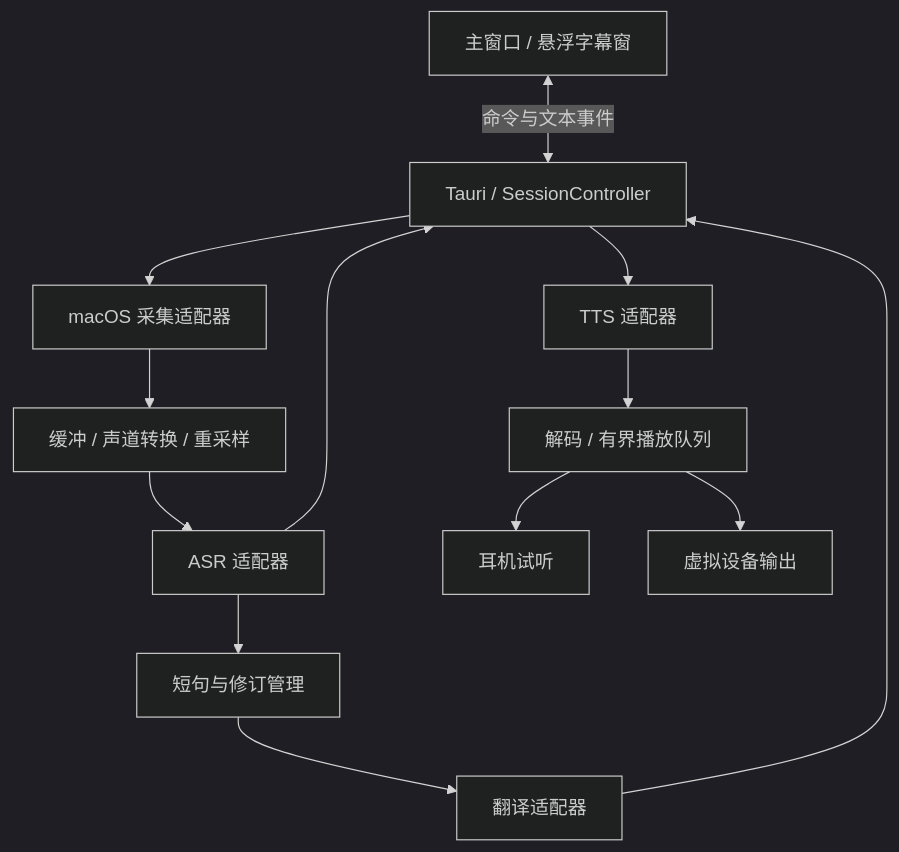
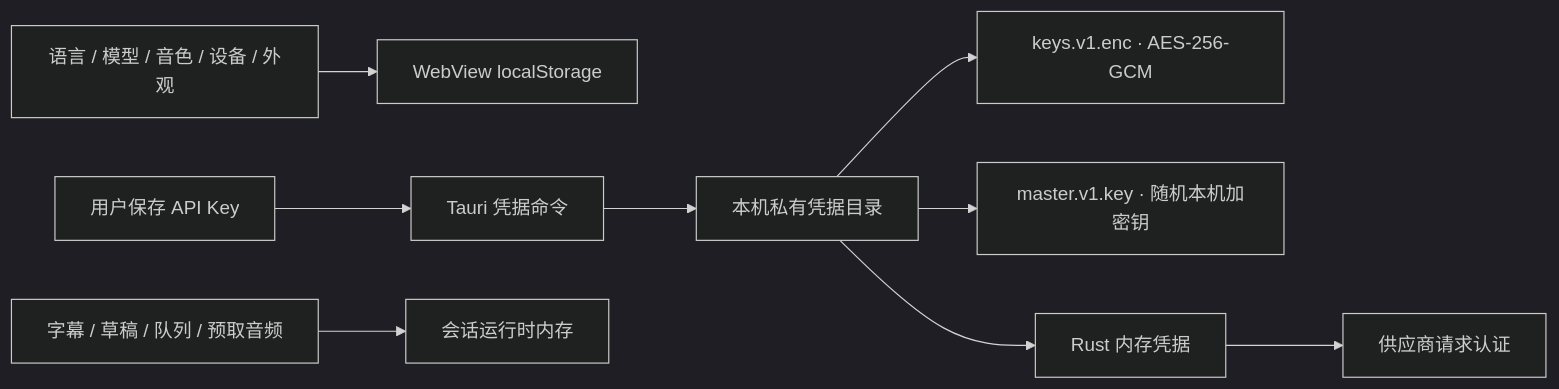
The second of 2 diagrams in docs/02-architecture.md (Zhiruosama/VoxBridge), drawn with Mermaid (dark theme) before and after one commit. The commit also changed other lines of this file and 2 other files, not shown here.

Commit message:
docs: document current architecture and internal runtime flows

````diff
--- a/docs/02-architecture.md
+++ b/docs/02-architecture.md
@@ -11,15 +84,11 @@
 ```mermaid
-flowchart TD
-  UI[主窗口 / 悬浮字幕窗] <-->|命令与文本事件| Host[Tauri / SessionController]
-  Native[macOS 采集适配器] --> Audio[缓冲 / 声道转换 / 重采样]
-  Audio --> ASR[ASR 适配器]
-  ASR --> Seg[短句与修订管理]
-  Seg --> Translate[翻译适配器]
-  Translate --> Host
-  ASR --> Host
-  Host --> Native
-  Host --> TTS[TTS 适配器]
-  TTS --> Play[解码 / 有界播放队列]
-  Play --> Preview[耳机试听]
-  Play --> Virtual[虚拟设备输出]
+flowchart LR
+  Settings[语言 / 模型 / 音色 / 设备 / 外观] --> Local[WebView localStorage]
+  KeyInput[用户保存 API Key] --> Save[Tauri 凭据命令]
+  Save --> Vault[本机私有凭据目录]
+  Vault --> Encrypted[keys.v1.enc · AES-256-GCM]
+  Vault --> Master[master.v1.key · 随机本机加密钥]
+  Vault --> Memory[Rust 内存凭据]
+  Memory --> Request[供应商请求认证]
+  Session[字幕 / 草稿 / 队列 / 预取音频] --> RAM[会话运行时内存]
 ```
````
